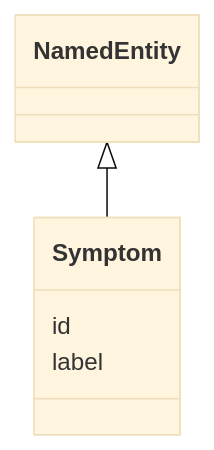
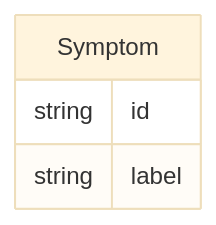
The diagram in docs/treatment/Symptom.md (monarch-initiative/ontogpt), drawn with Mermaid (base theme) before and after one commit. The commit also changed 187 other files, not shown here.

````diff
--- a/docs/treatment/Symptom.md
+++ b/docs/treatment/Symptom.md
@@ -8,9 +8,10 @@
 ```mermaid
- classDiagram
-    class Symptom
-      NamedEntity <|-- Symptom
-      
-      Symptom : id
-      Symptom : label
-      
+erDiagram
+Symptom {
+    string id  
+    string label  
+}
+
+
+
 ```
````
